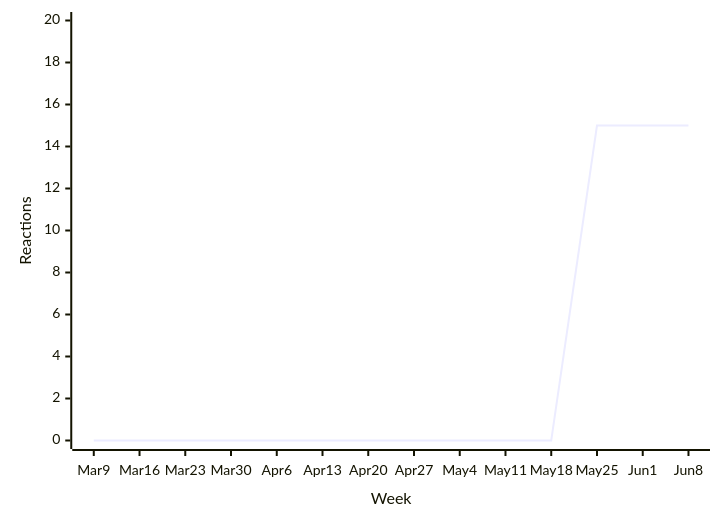
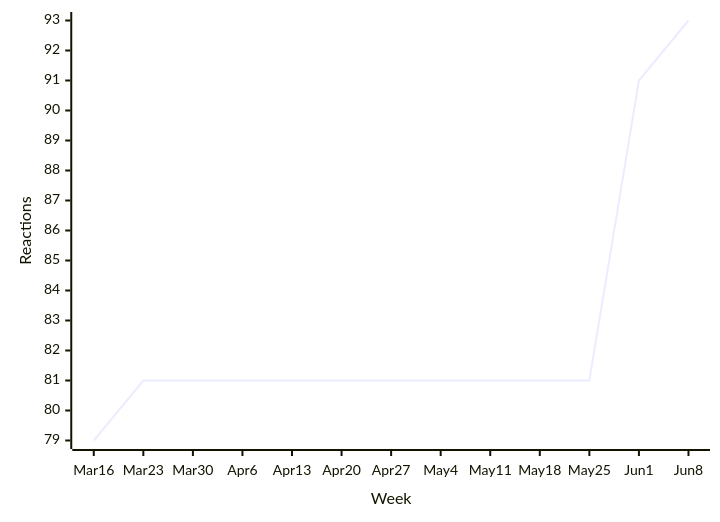
Before and after one commit to loic-sharma/github-insights: diagram 11 of 45 in README.md, drawn with Mermaid. The commit also changed other lines of this file and 3 other files, not shown here.

````diff
--- a/README.md
+++ b/README.md
@@ -509,6 +509,6 @@
   ```mermaid
   xychart-beta
-    x-axis "Week" [Mar 9, Mar 16, Mar 23, Mar 30, Apr 6, Apr 13, Apr 20, Apr 27, May 4, May 11, May 18, May 25, Jun 1, Jun 8]
-    y-axis "Reactions" 0 --> 20
-    line [0, 0, 0, 0, 0, 0, 0, 0, 0, 0, 0, 15, 15, 15]
+    x-axis "Week" [Mar 16, Mar 23, Mar 30, Apr 6, Apr 13, Apr 20, Apr 27, May 4, May 11, May 18, May 25, Jun 1, Jun 8]
+    y-axis "Reactions"
+    line [79, 81, 81, 81, 81, 81, 81, 81, 81, 81, 81, 91, 93]
   ```
````
